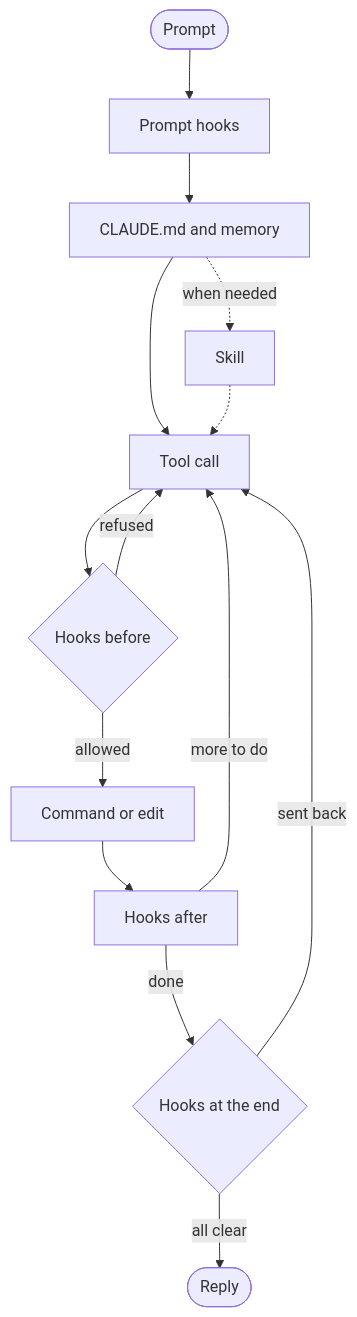
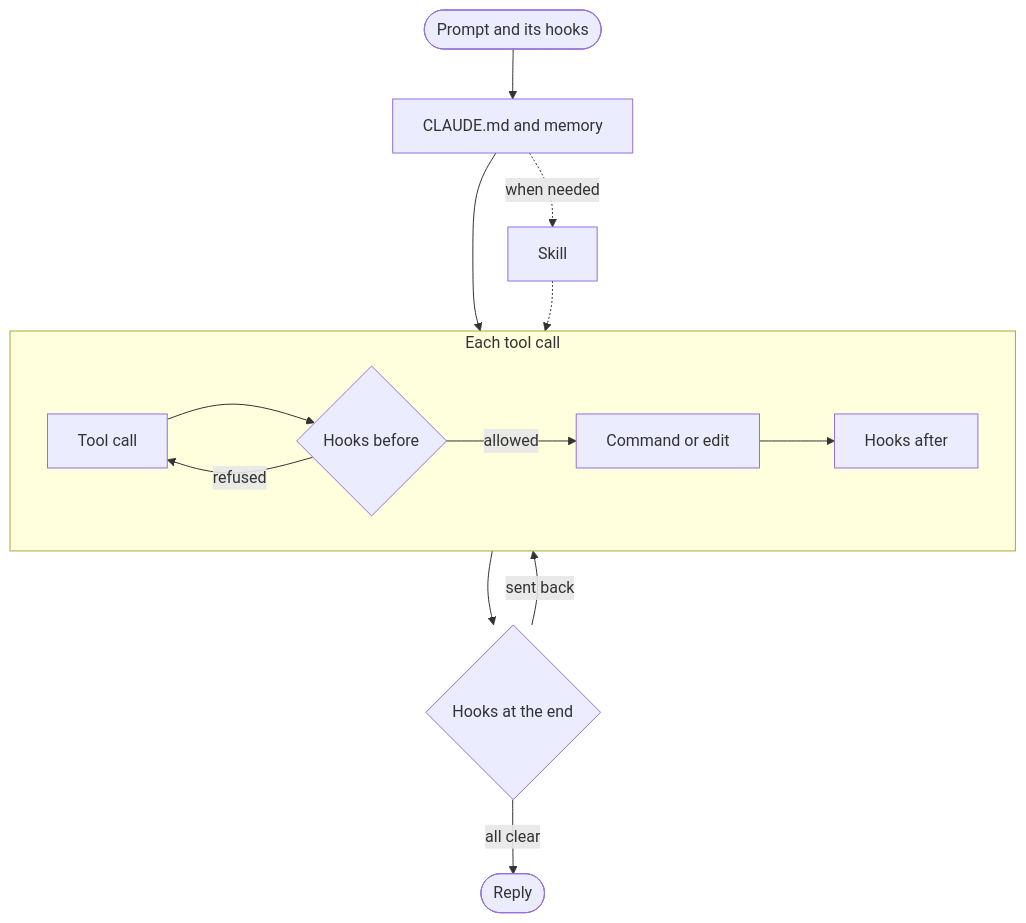
The first of 2 diagrams in docs/how-it-works.md (zululima/dotclaude), drawn with Mermaid before and after one commit. The commit also changed other lines of this file and 1 other file, not shown here.

Commit message:
Lay out the graphs in how-it-works.md to fit a screen
Short labels still left the first graph 1,600 pixels tall, since a
top-down graph of nine steps is that tall at the size GitHub draws it.
The tool call, its hooks and the command now share one row inside a
box for each tool call, and the second graph runs left to right.

Prompts behind this commit, as given to Claude Code
(model claude-opus-5-5, effort xhigh):

1. (handed over from another session, which quoted it whole)
> my dotclaude/setup include thing my way of working with mac (menu
> bar items, literally anything thats secure to share maybe like
> software etc anything that might be useful to someone) setup should
> also probably have some mermaid graph on how the setup works

Abbreviations:
etc: et cetera

````diff
--- a/docs/how-it-works.md
+++ b/docs/how-it-works.md
@@ -20,22 +20,19 @@
 ```mermaid
 flowchart TD
-  start(["Prompt"])
-  hooksIn["Prompt hooks"]
+  start(["Prompt and its hooks"])
   ctx["CLAUDE.md and memory"]
   skl["Skill"]
-  tool["Tool call"]
-  before{"Hooks before"}
-  runs["Command or edit"]
-  after["Hooks after"]
+  subgraph calls["Each tool call"]
+    direction LR
+    tool["Tool call"] --> before{"Hooks before"}
+    before -->|allowed| runs["Command or edit"] --> after["Hooks after"]
+    before -->|refused| tool
+  end
   turnEnd{"Hooks at the end"}
   answer(["Reply"])
 
-  start --> hooksIn --> ctx --> tool --> before
-  ctx -.->|when needed| skl -.-> tool
-  before -->|allowed| runs --> after
-  before -->|refused| tool
-  after -->|more to do| tool
-  after -->|done| turnEnd
-  turnEnd -->|sent back| tool
+  start --> ctx --> calls --> turnEnd
+  ctx -.->|when needed| skl -.-> calls
+  turnEnd -->|sent back| calls
   turnEnd -->|all clear| answer
 ```
````
